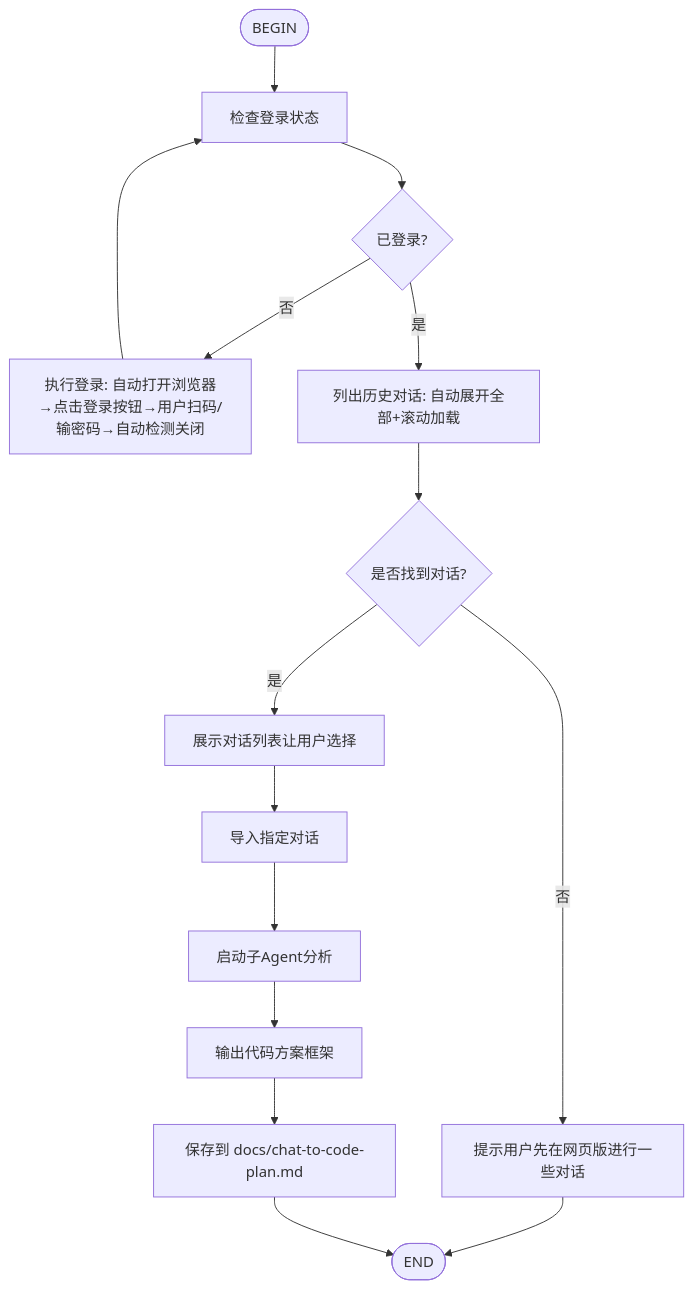
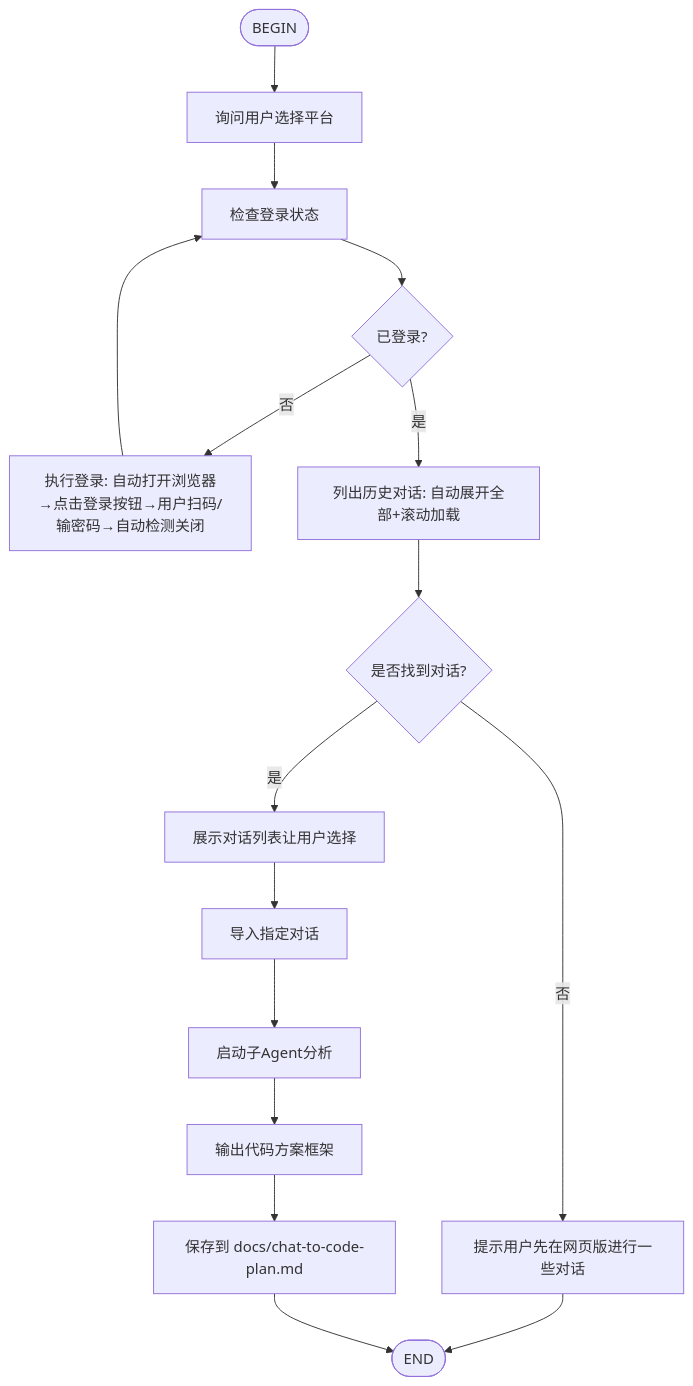
Before and after one commit to ZephinueCode/KimiReader: the diagram in skill/chat-to-code/SKILL.md, drawn with Mermaid. The commit also changed other lines of this file and 12 other files, not shown here.

````diff
--- a/skill/chat-to-code/SKILL.md
+++ b/skill/chat-to-code/SKILL.md
@@ -27,17 +27,18 @@
 ```mermaid
 flowchart TD
-    A([BEGIN]) --> B[检查登录状态]
-    B --> C{已登录?}
-    C -->|否| D[执行登录: 自动打开浏览器→点击登录按钮→用户扫码/输密码→自动检测关闭]
-    D --> B
-    C -->|是| E[列出历史对话: 自动展开全部+滚动加载]
-    E --> F{是否找到对话?}
-    F -->|否| G[提示用户先在网页版进行一些对话]
-    G --> H([END])
-    F -->|是| I[展示对话列表让用户选择]
-    I --> J[导入指定对话]
-    J --> K[启动子Agent分析]
-    K --> L[输出代码方案框架]
-    L --> M[保存到 docs/chat-to-code-plan.md]
-    M --> H
+    A([BEGIN]) --> B[询问用户选择平台]
+    B --> C[检查登录状态]
+    C --> D{已登录?}
+    D -->|否| E[执行登录: 自动打开浏览器→点击登录按钮→用户扫码/输密码→自动检测关闭]
+    E --> C
+    D -->|是| F[列出历史对话: 自动展开全部+滚动加载]
+    F --> G{是否找到对话?}
+    G -->|否| H[提示用户先在网页版进行一些对话]
+    H --> I([END])
+    G -->|是| J[展示对话列表让用户选择]
+    J --> K[导入指定对话]
+    K --> L[启动子Agent分析]
+    L --> M[输出代码方案框架]
+    M --> N[保存到 docs/chat-to-code-plan.md]
+    N --> I
 ```
````
